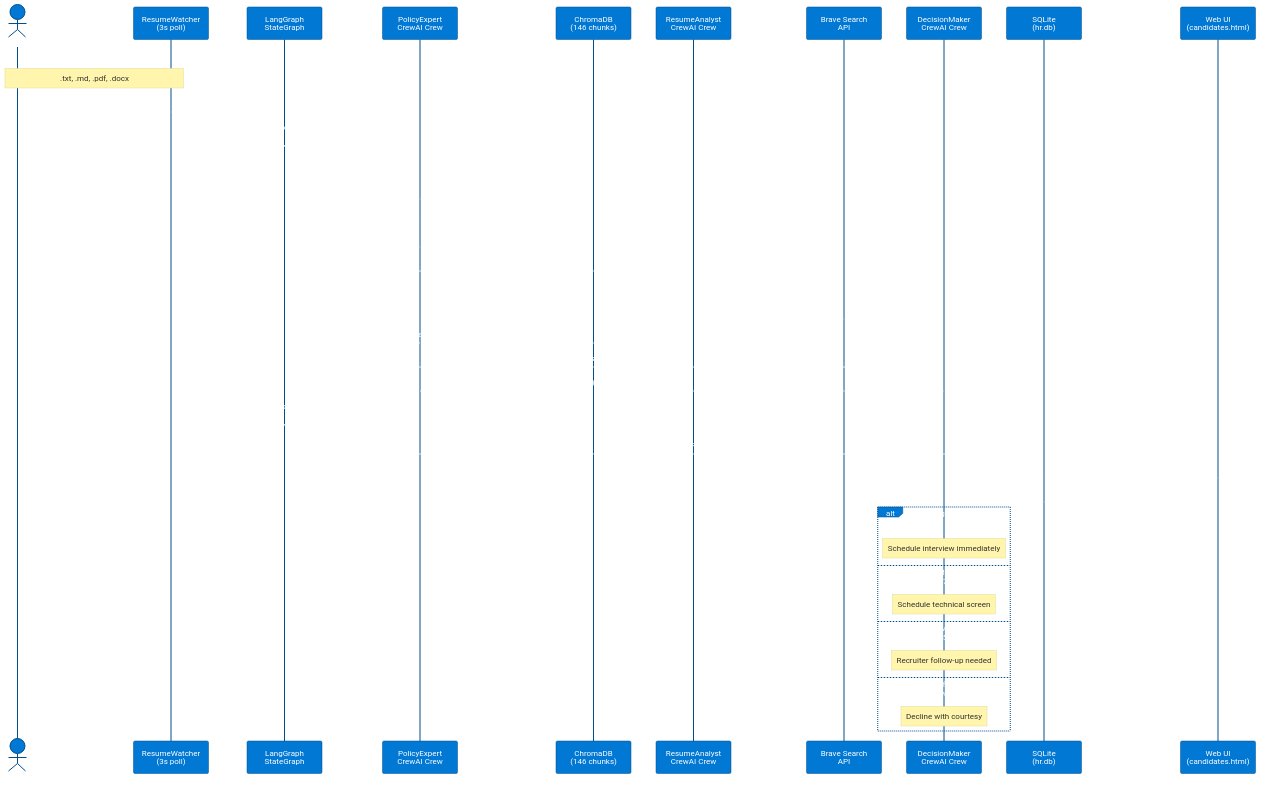
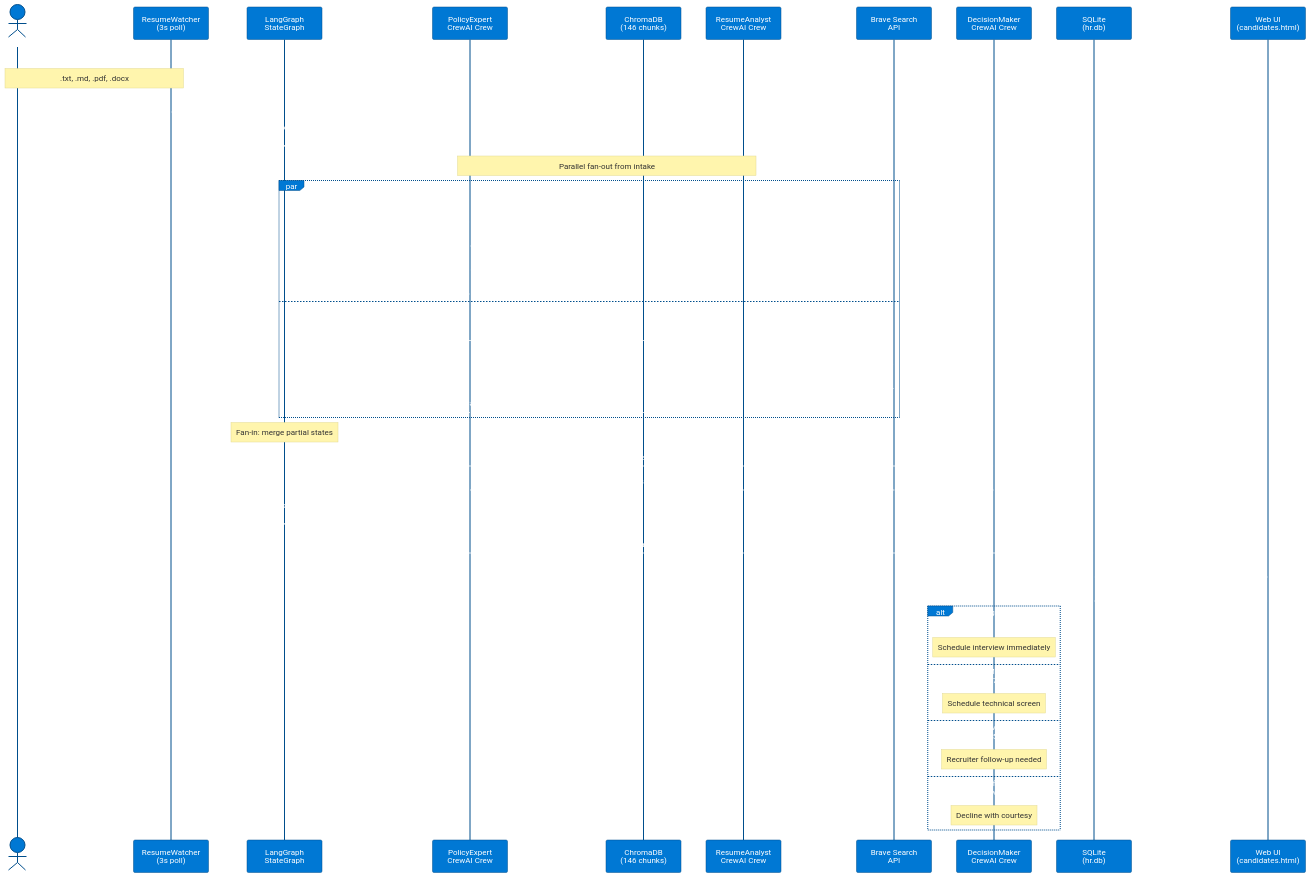
The second of 4 diagrams in contoso-hr-agent/README.md (pythontime/agents2), drawn with Mermaid before and after one commit. The commit also changed other lines of this file and 141 other files, not shown here.

````diff
--- a/contoso-hr-agent/README.md
+++ b/contoso-hr-agent/README.md
@@ -112,49 +122,55 @@
 ```mermaid
 %%{init: {'theme':'base','themeVariables':{'primaryColor':'#0078D4','primaryTextColor':'#FFFFFF','primaryBorderColor':'#004E8C','lineColor':'#767676','secondaryColor':'#E8E8E8','tertiaryColor':'#F3F2F1'}}}%%
 sequenceDiagram
     actor User
     participant W as ResumeWatcher<br/>(3s poll)
     participant LG as LangGraph<br/>StateGraph
     participant PE as PolicyExpert<br/>CrewAI Crew
     participant CB as ChromaDB<br/>(146 chunks)
     participant RA as ResumeAnalyst<br/>CrewAI Crew
     participant BS as Brave Search<br/>API
     participant DM as DecisionMaker<br/>CrewAI Crew
     participant DB as SQLite<br/>(hr.db)
     participant UI as Web UI<br/>(candidates.html)
 
     User->>W: Drop resume into data/incoming/
     Note over User,W: .txt, .md, .pdf, .docx
 
     W->>LG: process_resume_file()
     LG->>LG: intake node (validate)
 
-    LG->>PE: policy_expert node
-    PE->>CB: query_hr_policy("trainer qualifications")
-    CB-->>PE: policy chunks + sources
-    PE-->>LG: PolicyContext + policy_meta
+    Note over PE,RA: Parallel fan-out from intake
 
-    LG->>RA: resume_analyst node
-    RA->>BS: brave_web_search("verify certs")
-    BS-->>RA: search results JSON
-    RA-->>LG: CandidateEval (scores, strengths, red flags)
+    par policy_expert branch
+        LG->>PE: policy_expert node
+        PE->>CB: query_hr_policy("trainer qualifications")
+        CB-->>PE: policy chunks + sources
+        PE-->>LG: PolicyContext + policy_meta (partial state)
+    and resume_analyst branch
+        LG->>RA: resume_analyst node
+        RA->>BS: brave_web_search("verify certs")
+        BS-->>RA: search results JSON
+        RA-->>LG: CandidateEval (partial state)
+    end
 
-    LG->>DM: decision_maker node
+    Note over LG: Fan-in: merge partial states
+
+    LG->>DM: decision_maker node (waits for both branches)
     DM-->>LG: HRDecision (disposition + reasoning)
 
     LG->>LG: notify node (assemble result)
     LG->>DB: save_result(EvaluationResult)
 
     UI->>DB: GET /api/candidates (auto-refresh 10s)
     DB-->>UI: candidate cards
 
     alt Strong Match (score 80+)
         Note over DM: Schedule interview immediately
     else Possible Match (score 55-79)
         Note over DM: Schedule technical screen
     else Needs Review (score 35-54)
         Note over DM: Recruiter follow-up needed
     else Not Qualified (score below 35)
         Note over DM: Decline with courtesy
     end
 ```
````
